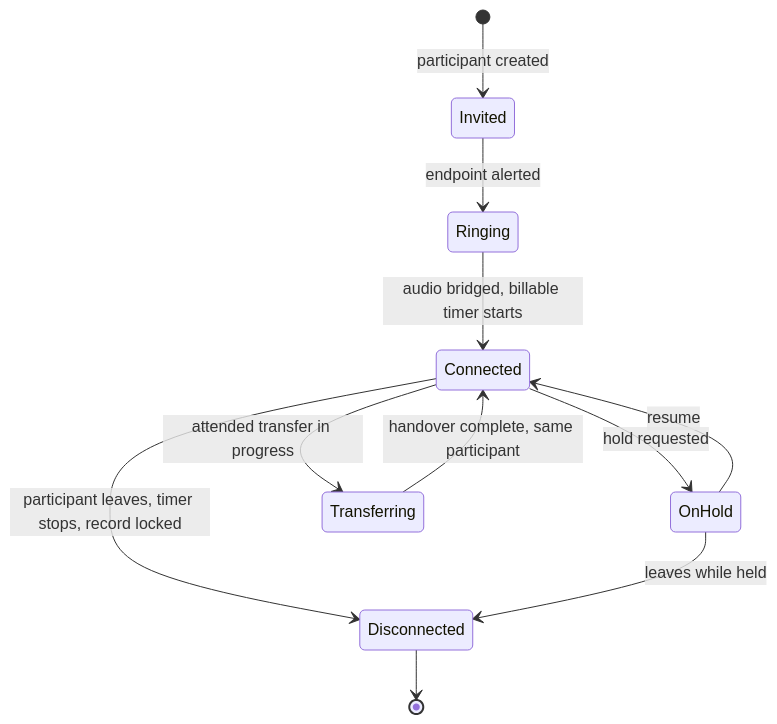
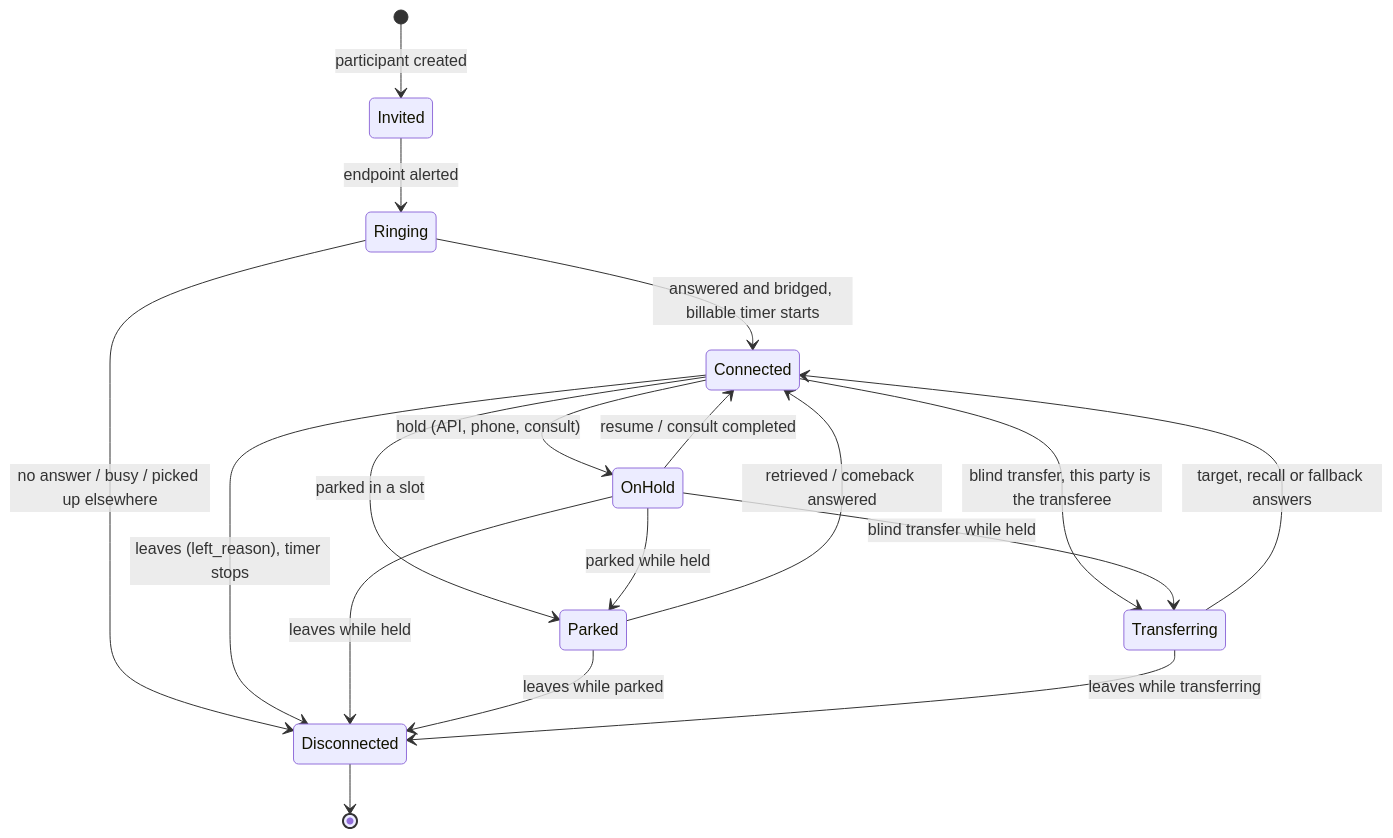
One commit to Mbaapoh/atsap changed the second of 2 diagrams in docs/hld/16-call-lifecycle-state-machine.md. Above: the diagram before and after it, drawn with Mermaid. The commit also changed other lines of this file and 4 other files, not shown here.

First line of the commit message:
docs: LLD-01 call control to the flow Definition of Ready (D-98, D-99)

````diff
--- a/docs/hld/16-call-lifecycle-state-machine.md
+++ b/docs/hld/16-call-lifecycle-state-machine.md
@@ -62,13 +67,20 @@
 ```mermaid
 stateDiagram-v2
     [*] --> Invited : participant created
     Invited --> Ringing : endpoint alerted
-    Ringing --> Connected : audio bridged, billable timer starts
-    Connected --> OnHold : hold requested
-    OnHold --> Connected : resume
-    Connected --> Transferring : attended transfer in progress
-    Transferring --> Connected : handover complete, same participant
-    Connected --> Disconnected : participant leaves, timer stops, record locked
+    Ringing --> Connected : answered and bridged, billable timer starts
+    Ringing --> Disconnected : no answer / busy / picked up elsewhere
+    Connected --> OnHold : hold (API, phone, consult)
+    OnHold --> Connected : resume / consult completed
+    Connected --> Parked : parked in a slot
+    OnHold --> Parked : parked while held
+    Parked --> Connected : retrieved / comeback answered
+    Connected --> Transferring : blind transfer, this party is the transferee
+    OnHold --> Transferring : blind transfer while held
+    Transferring --> Connected : target, recall or fallback answers
+    Connected --> Disconnected : leaves (left_reason), timer stops
     OnHold --> Disconnected : leaves while held
+    Parked --> Disconnected : leaves while parked
+    Transferring --> Disconnected : leaves while transferring
     Disconnected --> [*]
 ```
````
